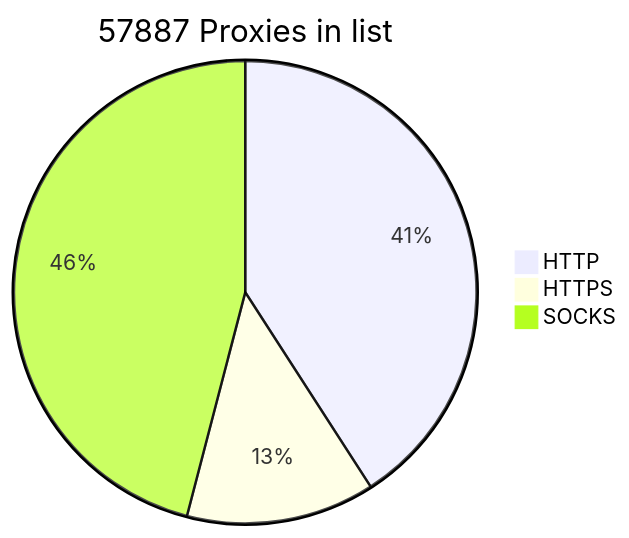
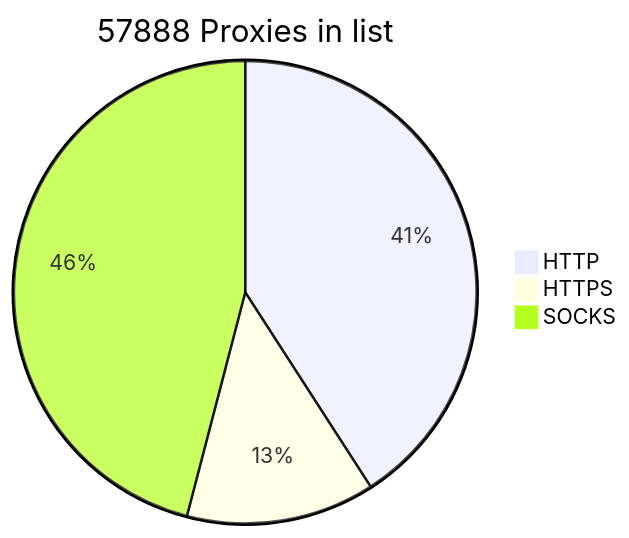
The diagram in README.md (BlackSnowDot/proxylist-update-every-minute), drawn with Mermaid before and after one commit.

````diff
--- a/README.md
+++ b/README.md
@@ -2,6 +2,6 @@
 ```mermaid
-pie title 57887 Proxies in list
+pie title 57888 Proxies in list
     "HTTP" : 26637
     "HTTPS": 8587
-    "SOCKS" : 29934
+    "SOCKS" : 29935
 ```
````
